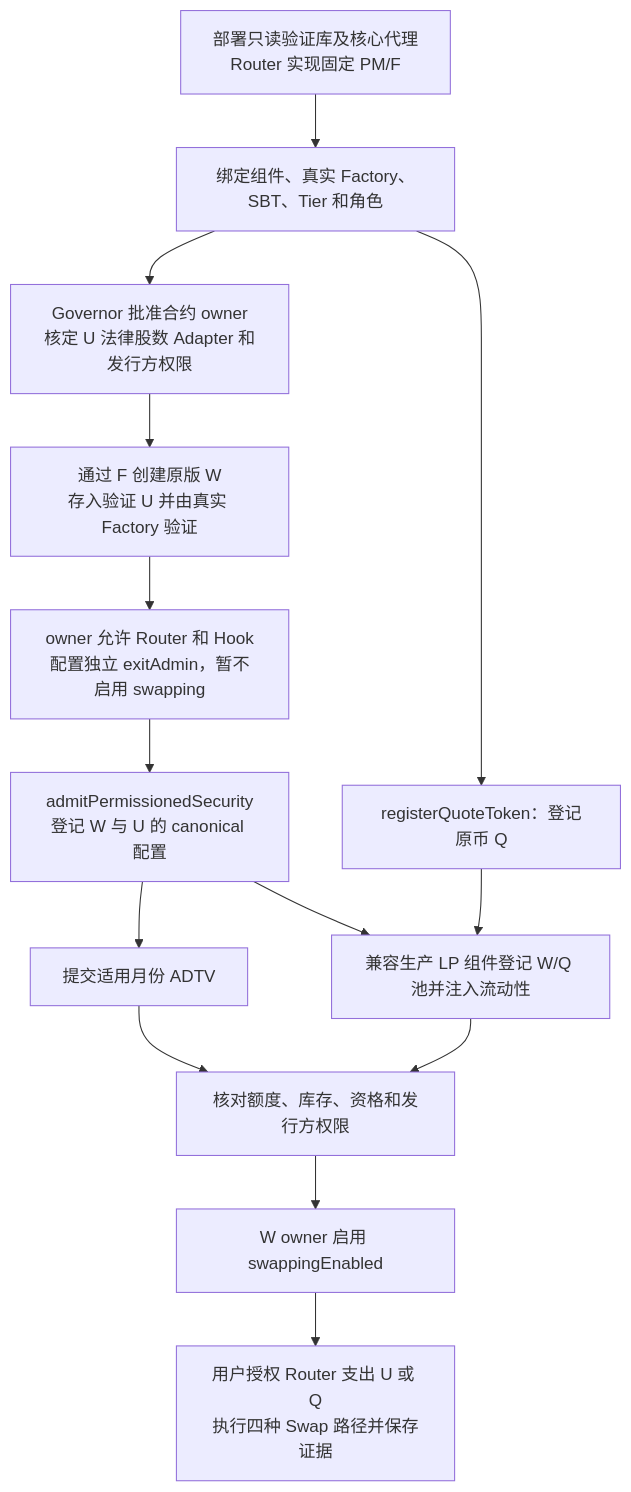
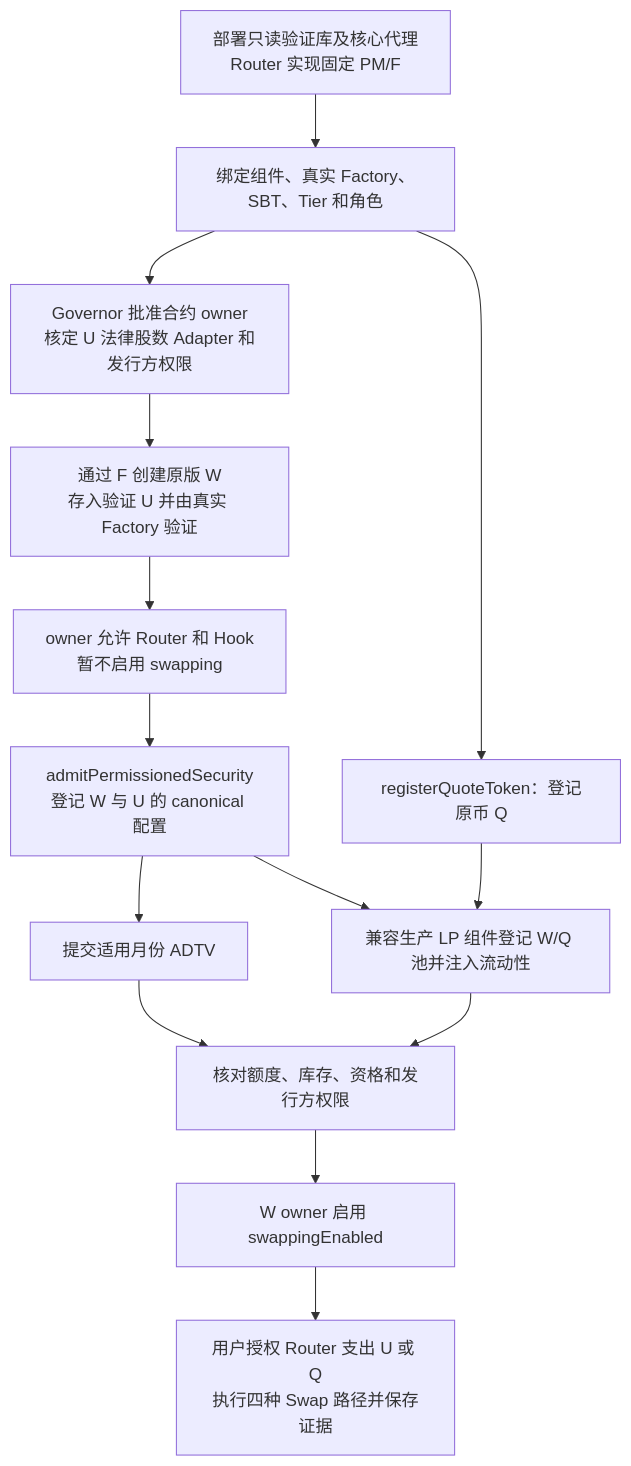
One commit to okx/tsv changed the diagram in docs/OPENING_A_STOCK_MARKET_V1.md. Above: the diagram before and after it, drawn with Mermaid. The commit also changed other lines of this file and 12 other files, not shown here.

Commit message:
rm _validateAssetForRecovery and setExitAdmin

````diff
--- a/docs/OPENING_A_STOCK_MARKET_V1.md
+++ b/docs/OPENING_A_STOCK_MARKET_V1.md
@@ -7,16 +7,16 @@
 ```mermaid
 flowchart TD
     A[部署只读验证库及核心代理<br/>Router 实现固定 PM/F] --> B[绑定组件、真实 Factory、SBT、Tier 和角色]
     B --> C[Governor 批准合约 owner<br/>核定 U 法律股数 Adapter 和发行方权限]
     C --> D[通过 F 创建原版 W<br/>存入验证 U 并由真实 Factory 验证]
-    D --> E[owner 允许 Router 和 Hook<br/>配置独立 exitAdmin，暂不启用 swapping]
+    D --> E[owner 允许 Router 和 Hook<br/>暂不启用 swapping]
     E --> F[admitPermissionedSecurity<br/>登记 W 与 U 的 canonical 配置]
     B --> Q[registerQuoteToken：登记原币 Q]
     F --> V[提交适用月份 ADTV]
     F --> L[兼容生产 LP 组件登记 W/Q 池并注入流动性]
     Q --> L
     V --> G[核对额度、库存、资格和发行方权限]
     L --> G
     G --> H[W owner 启用 swappingEnabled]
     H --> I[用户授权 Router 支出 U 或 Q<br/>执行四种 Swap 路径并保存证据]
 ```
````
